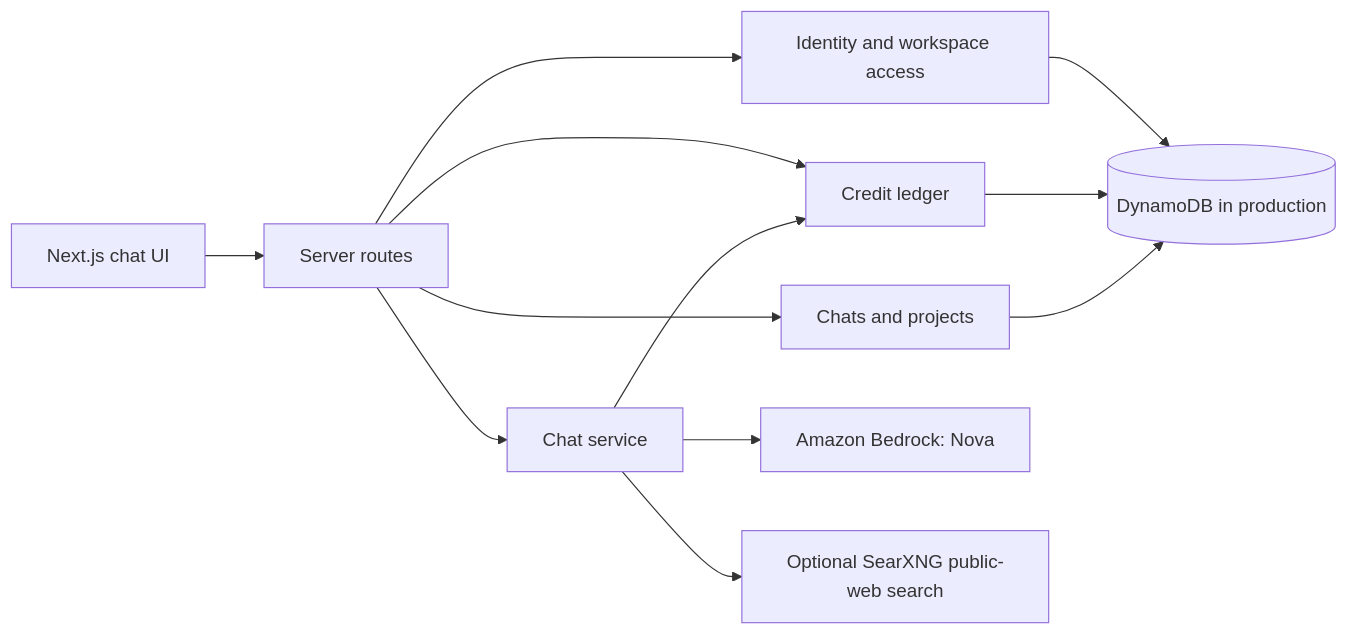
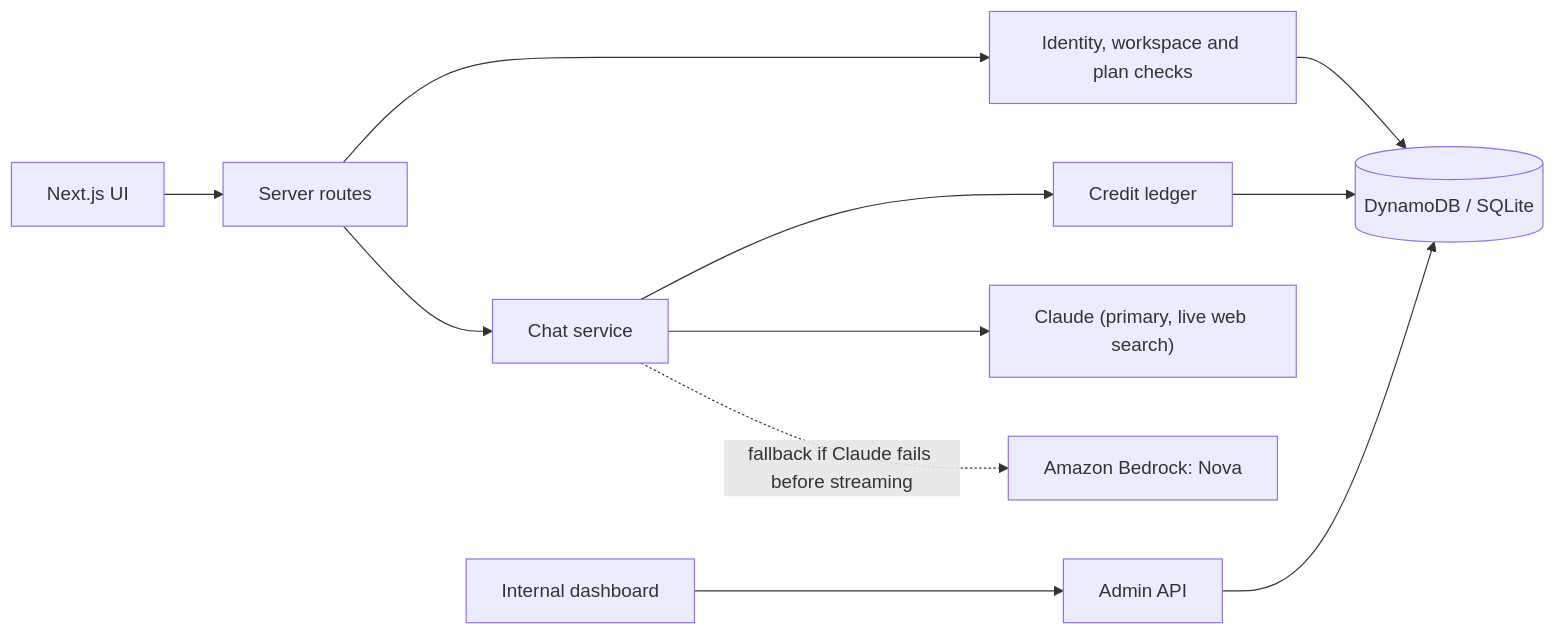
One commit to Sanjeev1802/Aria changed the diagram in README.md. Above: the diagram before and after it, drawn with Mermaid. The commit also changed other lines of this file and 1 other file, not shown here.

First line of the commit message:
Rewrite the README and refresh the internal dashboard guide

````diff
--- a/README.md
+++ b/README.md
@@ -27,14 +51,13 @@
 ```mermaid
 flowchart LR
-  Browser[Next.js chat UI] --> API[Server routes]
-  API --> Identity[Identity and workspace access]
-  API --> Ledger[Credit ledger]
-  API --> Threads[Chats and projects]
-  API --> Chat[Chat service]
-  Chat --> Ledger
-  Chat --> Bedrock[Amazon Bedrock: Nova]
-  Chat --> Search[Optional SearXNG public-web search]
-  Identity --> Store[(DynamoDB in production)]
+  Browser["Next.js UI"] --> API["Server routes"]
+  API --> Access["Identity, workspace and plan checks"]
+  API --> Chat["Chat service"]
+  Chat --> Ledger["Credit ledger"]
+  Chat --> Claude["Claude (primary, live web search)"]
+  Chat -. "fallback if Claude fails before streaming" .-> Nova["Amazon Bedrock: Nova"]
+  Access --> Store[("DynamoDB / SQLite")]
   Ledger --> Store
-  Threads --> Store
+  Console["Internal dashboard"] --> Admin["Admin API"]
+  Admin --> Store
 ```
````
